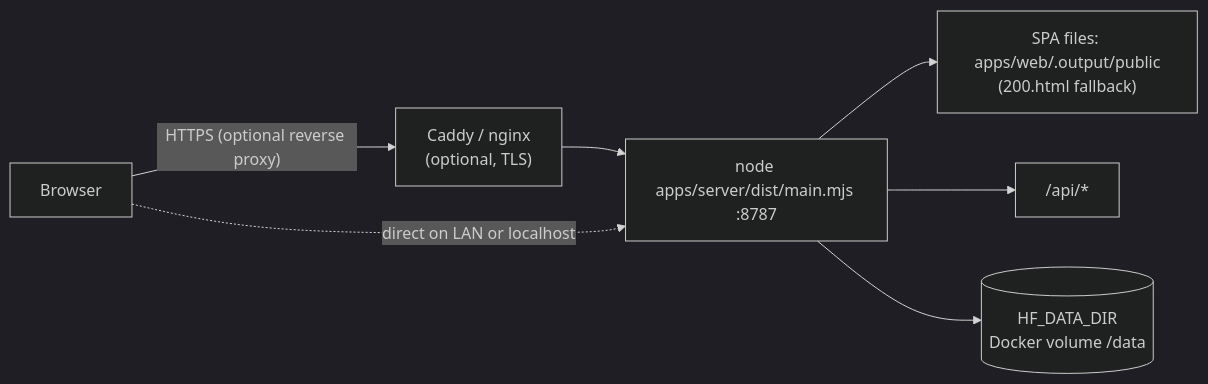
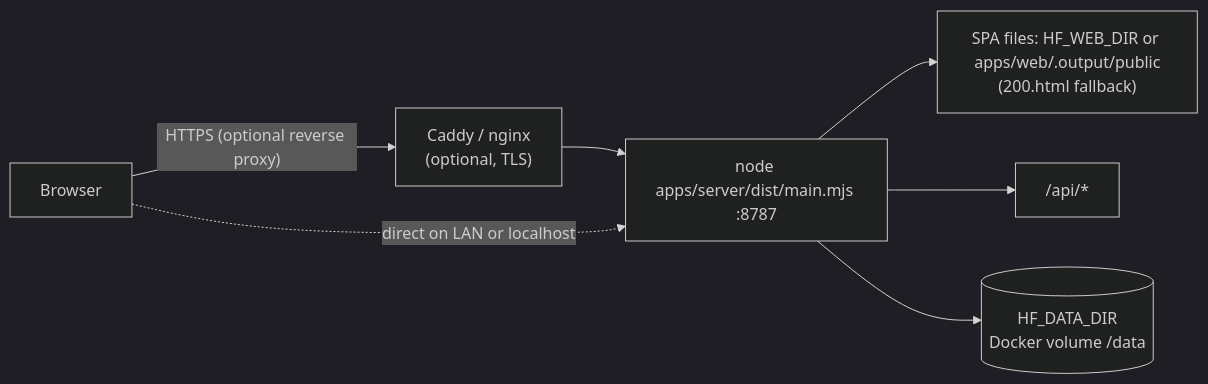
Diagram 11 of 11 in docs/ARCHITECTURE.md (maksqi/harness-forge), drawn with Mermaid (dark theme) before and after one commit. The commit also changed other lines of this file and 193 other files, not shown here.

````diff
--- a/docs/ARCHITECTURE.md
+++ b/docs/ARCHITECTURE.md
@@ -886,9 +913,9 @@
 ```mermaid
 flowchart LR
   B["Browser"] -- "HTTPS (optional reverse proxy)" --> RP["Caddy / nginx<br/>(optional, TLS)"]
   RP --> S["node apps/server/dist/main.mjs :8787"]
   B -. "direct on LAN or localhost" .-> S
-  S --> SPA["SPA files: apps/web/.output/public<br/>(200.html fallback)"]
+  S --> SPA["SPA files: HF_WEB_DIR or apps/web/.output/public<br/>(200.html fallback)"]
   S --> API["/api/*"]
   S --> V[("HF_DATA_DIR<br/>Docker volume /data")]
 ```
````
